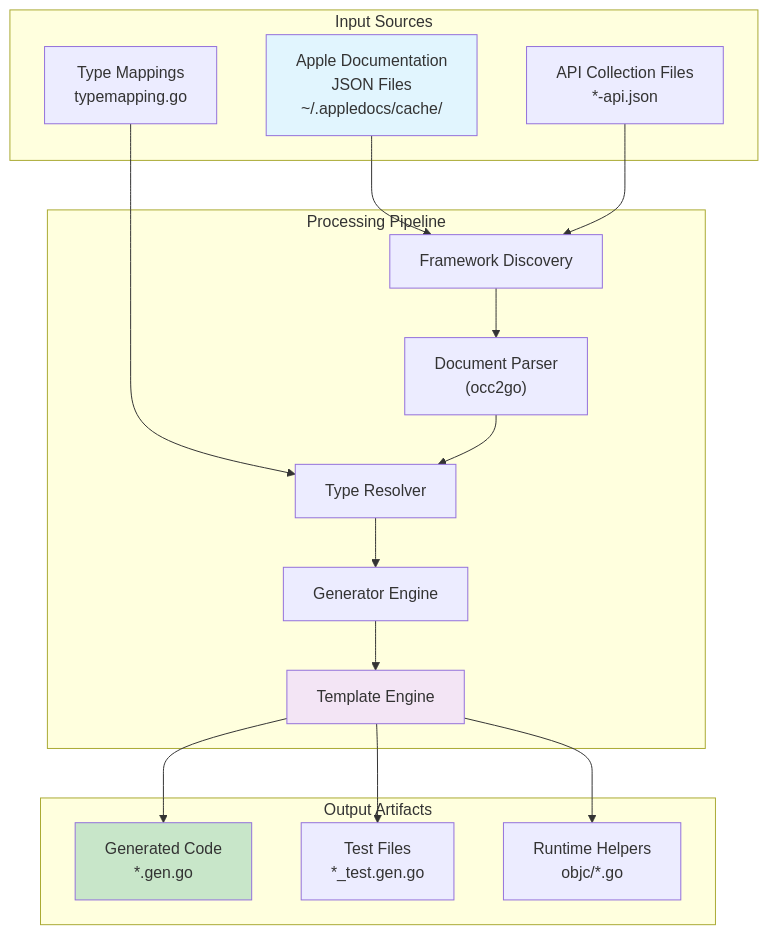
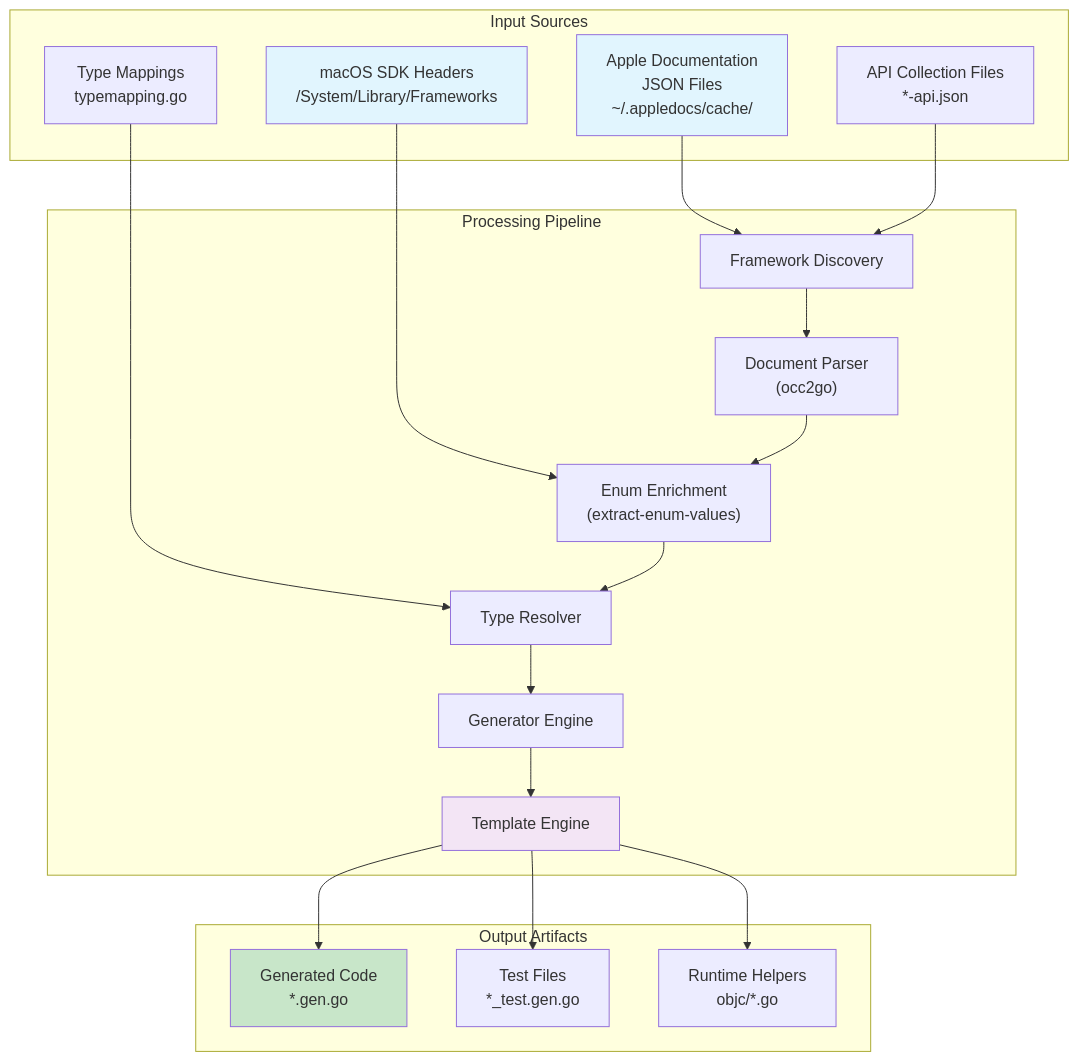
The first of 2 diagrams in cmd/generate-framework-bindings/README.md (tmc/appledocs), drawn with Mermaid before and after one commit. The commit also changed 5 other files, not shown here.

````diff
--- a/cmd/generate-framework-bindings/README.md
+++ b/cmd/generate-framework-bindings/README.md
@@ -43,37 +43,42 @@
 ```mermaid
 graph TB
     subgraph "Input Sources"
         DOCS["Apple Documentation<br/>JSON Files<br/>~/.appledocs/cache/"]
         API["API Collection Files<br/>*-api.json"]
         CONFIG["Type Mappings<br/>typemapping.go"]
+        SDK["macOS SDK Headers<br/>/System/Library/Frameworks"]
     end
 
     subgraph "Processing Pipeline"
         DISCOVER["Framework Discovery"]
         PARSE["Document Parser<br/>(occ2go)"]
+        ENRICH["Enum Enrichment<br/>(extract-enum-values)"]
         RESOLVE["Type Resolver"]
         GEN["Generator Engine"]
         TEMPLATE["Template Engine"]
     end
 
     subgraph "Output Artifacts"
         CODE["Generated Code<br/>*.gen.go"]
         TESTS["Test Files<br/>*_test.gen.go"]
         RUNTIME["Runtime Helpers<br/>objc/*.go"]
     end
 
     DOCS --> DISCOVER
     API --> DISCOVER
     CONFIG --> RESOLVE
+    SDK --> ENRICH
     DISCOVER --> PARSE
-    PARSE --> RESOLVE
+    PARSE --> ENRICH
+    ENRICH --> RESOLVE
     RESOLVE --> GEN
     GEN --> TEMPLATE
     TEMPLATE --> CODE
     TEMPLATE --> TESTS
     TEMPLATE --> RUNTIME
 
     style DOCS fill:#e1f5fe
+    style SDK fill:#e1f5fe
     style CODE fill:#c8e6c9
     style TEMPLATE fill:#f3e5f5
 ```
````
